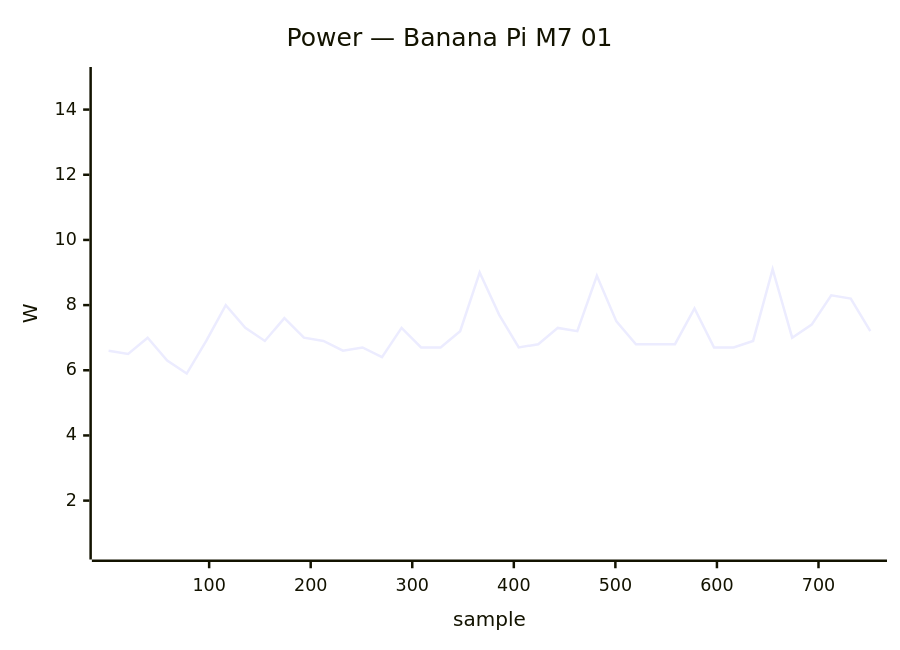
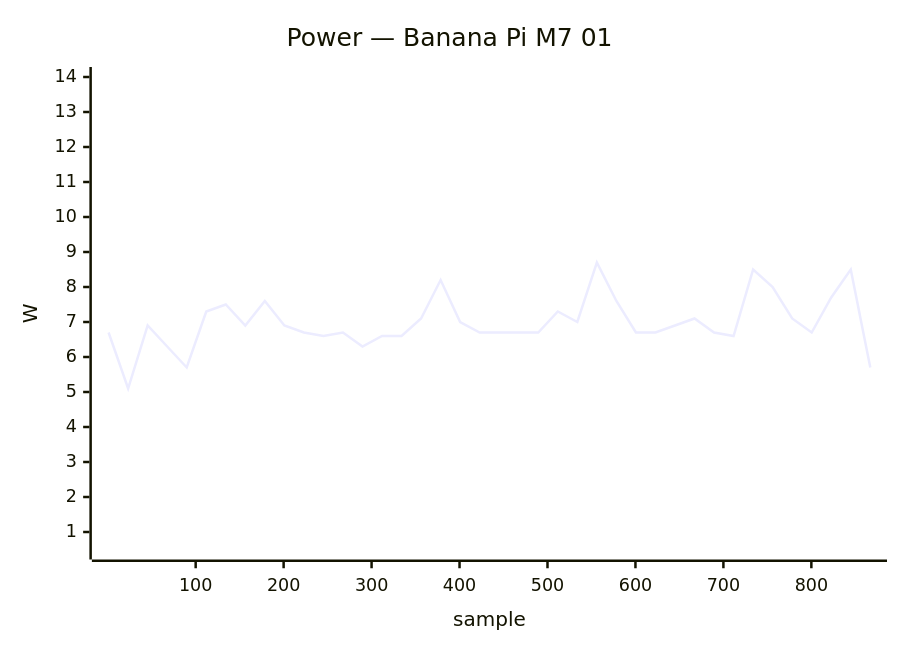
Diagram 12 of 40 in docs/status/board-tests.md (armbian/documentation), drawn with Mermaid before and after one commit. The commit also changed other lines of this file, not shown here.

````diff
--- a/docs/status/board-tests.md
+++ b/docs/status/board-tests.md
@@ -321,7 +538,7 @@
 ```mermaid
 xychart-beta
     title "Power — Banana Pi M7 01"
-    x-axis "sample" 1 --> 751
-    y-axis "W" 0.5 --> 15.0
-    line [6.6, 6.5, 7.0, 6.3, 5.9, 6.9, 8.0, 7.3, 6.9, 7.6, 7.0, 6.9, 6.6, 6.7, 6.4, 7.3, 6.7, 6.7, 7.2, 9.0, 7.7, 6.7, 6.8, 7.3, 7.2, 8.9, 7.5, 6.8, 6.8, 6.8, 7.9, 6.7, 6.7, 6.9, 9.1, 7.0, 7.4, 8.3, 8.2, 7.2]
+    x-axis "sample" 1 --> 867
+    y-axis "W" 0.5 --> 14.0
+    line [6.7, 5.1, 6.9, 6.3, 5.7, 7.3, 7.5, 6.9, 7.6, 6.9, 6.7, 6.6, 6.7, 6.3, 6.6, 6.6, 7.1, 8.2, 7.0, 6.7, 6.7, 6.7, 6.7, 7.3, 7.0, 8.7, 7.6, 6.7, 6.7, 6.9, 7.1, 6.7, 6.6, 8.5, 8.0, 7.1, 6.7, 7.7, 8.5, 5.7]
 ```
````
